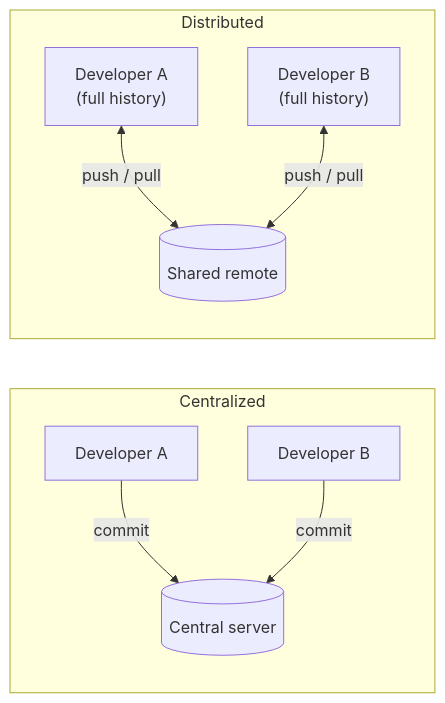
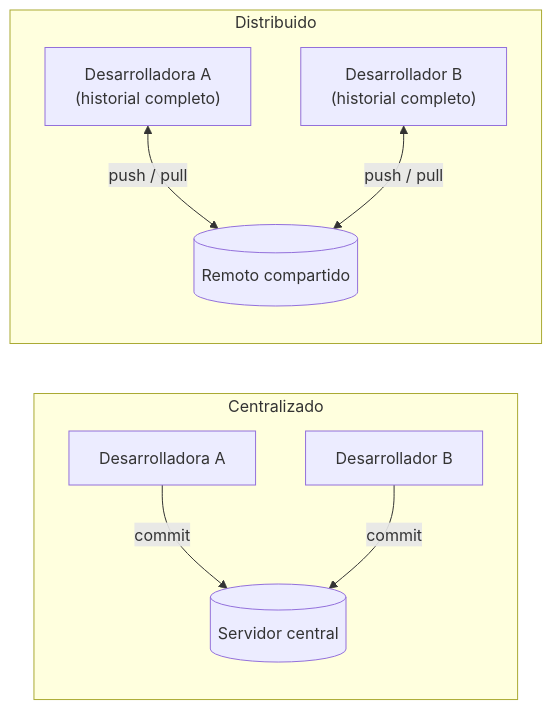
Before and after one commit to jparisu/nim-arena: the first of 2 diagrams in docs/guide/git/git.md, drawn with Mermaid. The commit also changed other lines of this file and 159 other files, not shown here.

````diff
--- a/docs/guide/git/git.md
+++ b/docs/guide/git/git.md
@@ -30,15 +31,15 @@
 ```mermaid
 flowchart LR
-    subgraph Centralized
+    subgraph Centralizado
         direction TB
-        CS[(Central server)]
-        CA[Developer A] -->|commit| CS
-        CB[Developer B] -->|commit| CS
+        CS[(Servidor central)]
+        CA[Desarrolladora A] -->|commit| CS
+        CB[Desarrollador B] -->|commit| CS
     end
-    subgraph Distributed
+    subgraph Distribuido
         direction TB
-        DR[(Shared remote)]
-        DA["Developer A<br/>(full history)"] <-->|push / pull| DR
-        DB["Developer B<br/>(full history)"] <-->|push / pull| DR
+        DR[(Remoto compartido)]
+        DA["Desarrolladora A<br/>(historial completo)"] <-->|push / pull| DR
+        DB["Desarrollador B<br/>(historial completo)"] <-->|push / pull| DR
     end
 ```
````
